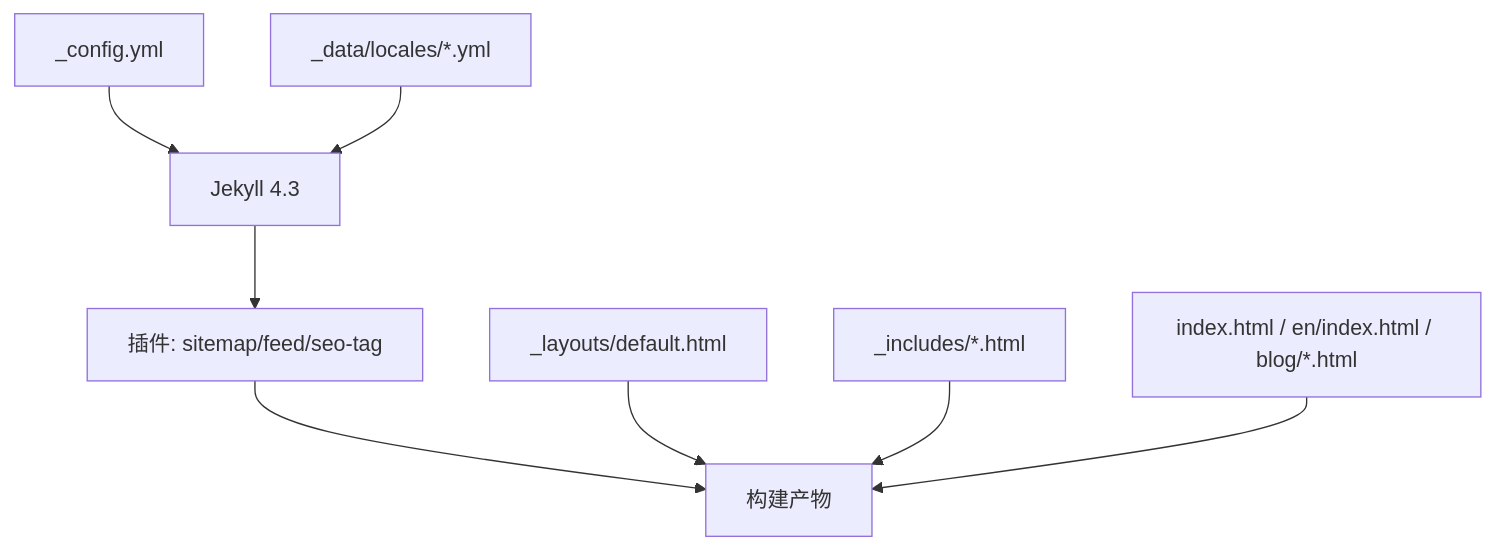
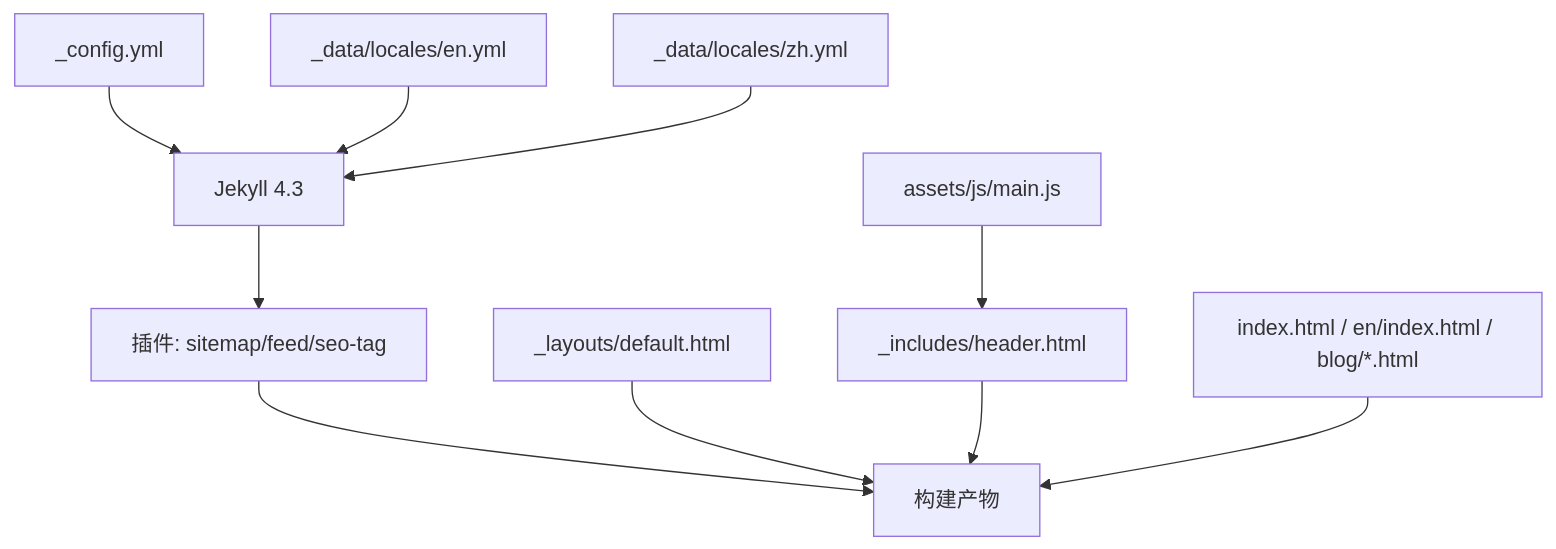
One commit to halfism/halfism.github.io changed the third of 3 diagrams in .qoder/repowiki/zh/content/多语言支持系统.md. Above: the diagram before and after it, drawn with Mermaid. The commit also changed other lines of this file and 4 other files, not shown here.

````diff
--- a/.qoder/repowiki/zh/content/多语言支持系统.md
+++ b/.qoder/repowiki/zh/content/多语言支持系统.md
@@ -272,10 +312,12 @@
 ```mermaid
 graph TB
 jekyll["Jekyll 4.3"] --> plugins["插件: sitemap/feed/seo-tag"]
 plugins --> build["构建产物"]
 cfg["_config.yml"] --> jekyll
-data["_data/locales/*.yml"] --> jekyll
+data_en["_data/locales/en.yml"] --> jekyll
+data_zh["_data/locales/zh.yml"] --> jekyll
 layout["_layouts/default.html"] --> build
-includes["_includes/*.html"] --> build
+includes["_includes/header.html"] --> build
 pages["index.html / en/index.html / blog/*.html"] --> build
+js["assets/js/main.js"] --> includes
 ```
````
